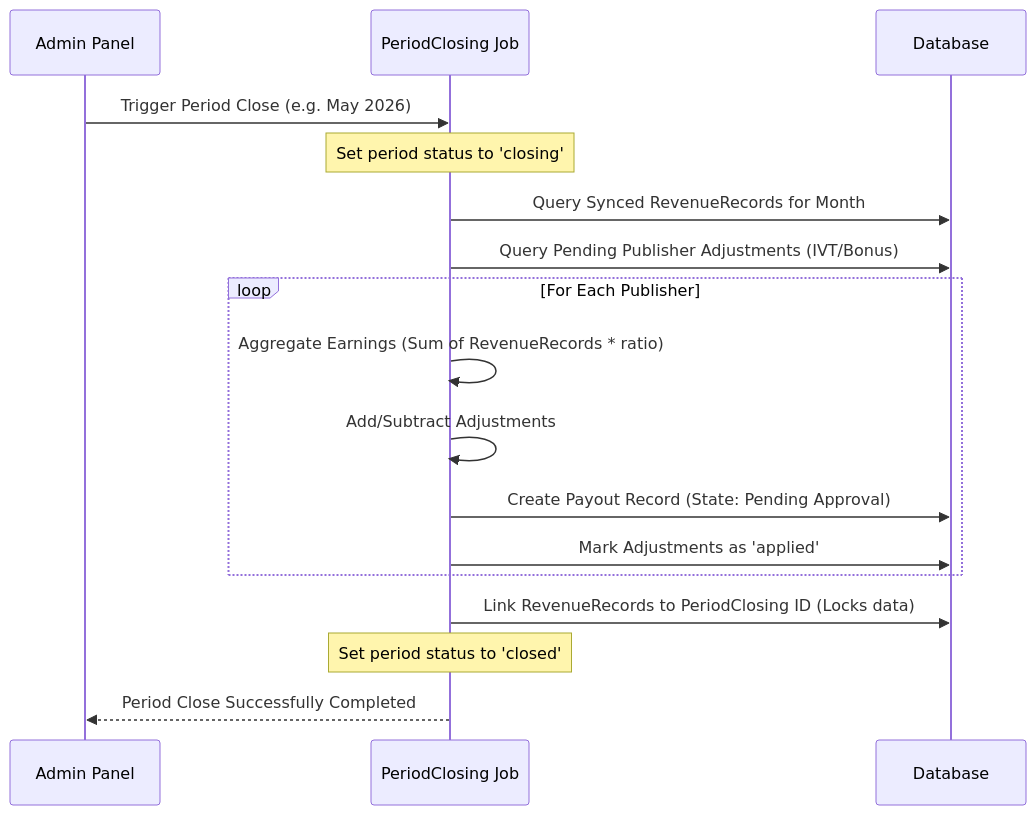
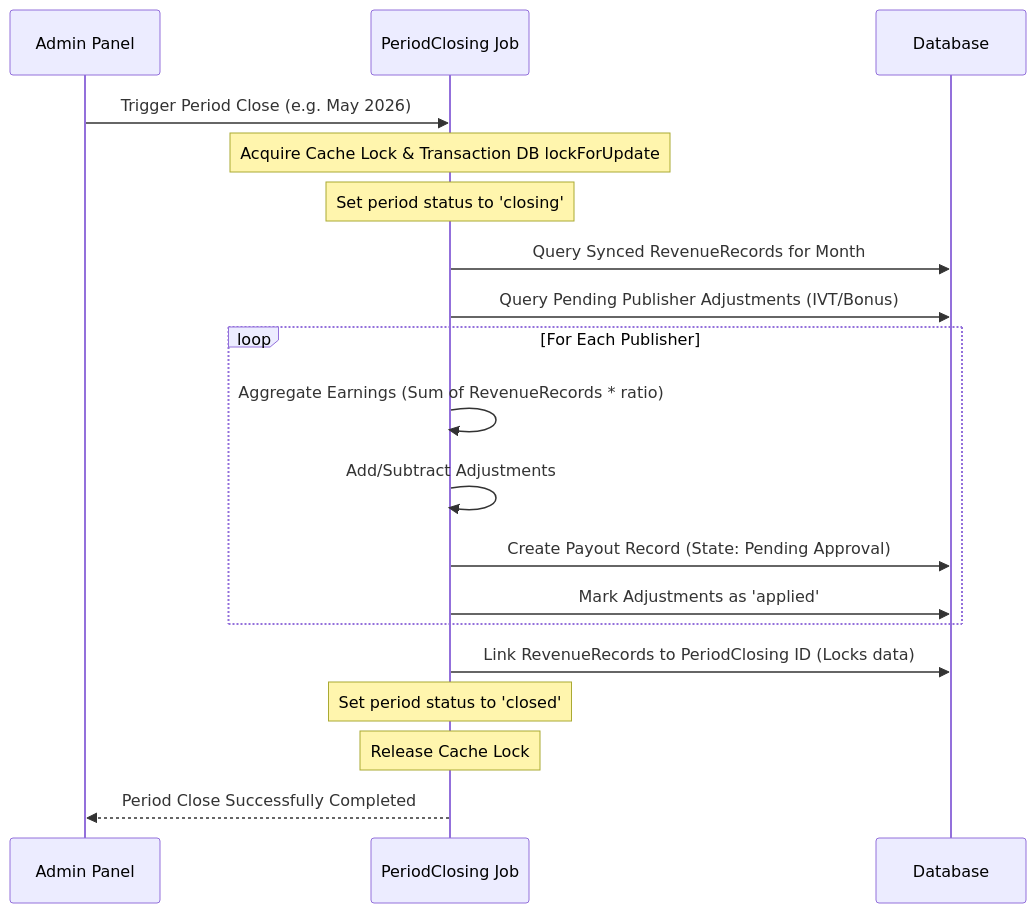
One commit to mryoussefsh/BestRevenue changed the third of 4 diagrams in docs/architecture.md. Above: the diagram before and after it, drawn with Mermaid. The commit also changed other lines of this file and 3 other files, not shown here.

Commit message:
Update system architecture, database schema, project progress, and changelog documentation

````diff
--- a/docs/architecture.md
+++ b/docs/architecture.md
@@ -88,20 +97,22 @@
 ```mermaid
 sequenceDiagram
     participant Admin as Admin Panel
     participant Job as PeriodClosing Job
     participant DB as Database
     
     Admin->>Job: Trigger Period Close (e.g. May 2026)
+    Note over Job: Acquire Cache Lock & Transaction DB lockForUpdate
     Note over Job: Set period status to 'closing'
     Job->>DB: Query Synced RevenueRecords for Month
     Job->>DB: Query Pending Publisher Adjustments (IVT/Bonus)
     loop For Each Publisher
         Job->>Job: Aggregate Earnings (Sum of RevenueRecords * ratio)
         Job->>Job: Add/Subtract Adjustments
         Job->>DB: Create Payout Record (State: Pending Approval)
         Job->>DB: Mark Adjustments as 'applied'
     end
     Job->>DB: Link RevenueRecords to PeriodClosing ID (Locks data)
     Note over Job: Set period status to 'closed'
+    Note over Job: Release Cache Lock
     Job-->>Admin: Period Close Successfully Completed
 ```
````
